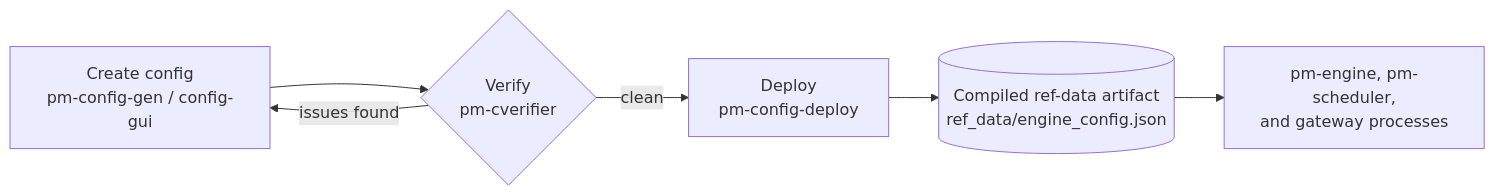
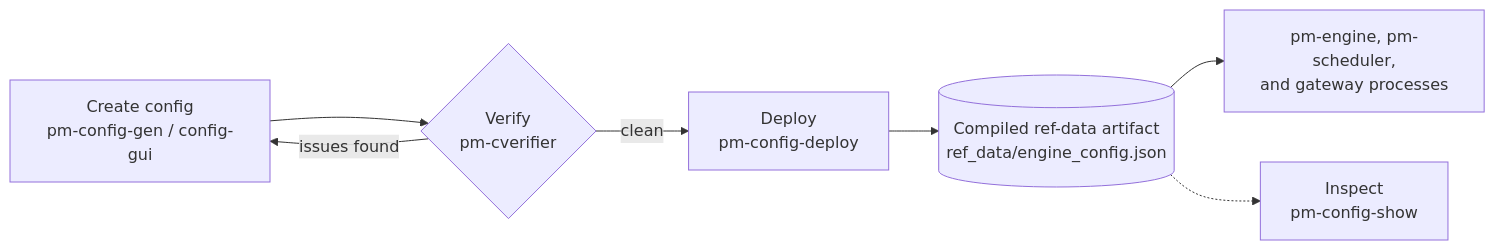
Before and after one commit to johan162/EduMatcher: the diagram in docs/user-guide/010-configuration.md, drawn with Mermaid. The commit also changed other lines of this file and 15 other files, not shown here.

Commit message:
feat(config): added pm-config-show utility + documentation

````diff
--- a/docs/user-guide/010-configuration.md
+++ b/docs/user-guide/010-configuration.md
@@ -21,8 +22,9 @@
 ```mermaid
 flowchart LR
     A["Create config<br/>pm-config-gen / config-gui"] --> B{"Verify<br/>pm-cverifier"}
     B -- issues found --> A
     B -- clean --> C["Deploy<br/>pm-config-deploy"]
     C --> D[("Compiled ref-data artifact<br/>ref_data/engine_config.json")]
     D --> E["pm-engine, pm-scheduler,<br/>and gateway processes"]
+    D -.-> F["Inspect<br/>pm-config-show"]
 ```
````
